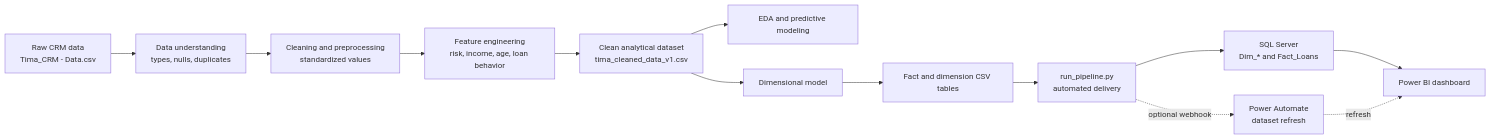
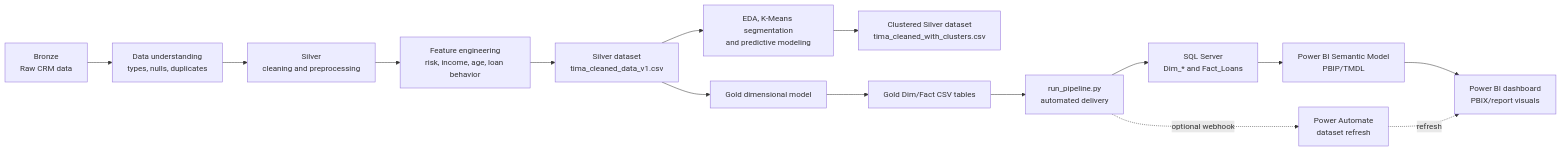
Before and after one commit to ThanhVinh-source/TIMA_Bank_Project: the first of 2 diagrams in README.md, drawn with Mermaid. The commit also changed other lines of this file, not shown here.

````diff
--- a/README.md
+++ b/README.md
@@ -211,15 +215,17 @@
 ```mermaid
 flowchart LR
-    A["Raw CRM data<br/>Tima_CRM - Data.csv"] --> B["Data understanding<br/>types, nulls, duplicates"]
-    B --> C["Cleaning and preprocessing<br/>standardized values"]
+    A["Bronze<br/>Raw CRM data"] --> B["Data understanding<br/>types, nulls, duplicates"]
+    B --> C["Silver<br/>cleaning and preprocessing"]
     C --> D["Feature engineering<br/>risk, income, age, loan behavior"]
-    D --> E["Clean analytical dataset<br/>tima_cleaned_data_v1.csv"]
-    E --> F["EDA and predictive modeling"]
-    E --> G["Dimensional model"]
-    G --> H["Fact and dimension CSV tables"]
+    D --> E["Silver dataset<br/>tima_cleaned_data_v1.csv"]
+    E --> F["EDA, K-Means segmentation<br/>and predictive modeling"]
+    F --> M["Clustered Silver dataset<br/>tima_cleaned_with_clusters.csv"]
+    E --> G["Gold dimensional model"]
+    G --> H["Gold Dim/Fact CSV tables"]
     H --> I["run_pipeline.py<br/>automated delivery"]
     I --> J["SQL Server<br/>Dim_* and Fact_Loans"]
-    J --> K["Power BI dashboard"]
+    J --> K["Power BI Semantic Model<br/>PBIP/TMDL"]
+    K --> N["Power BI dashboard<br/>PBIX/report visuals"]
     I -. optional webhook .-> L["Power Automate<br/>dataset refresh"]
-    L -. refresh .-> K
+    L -. refresh .-> N
 ```
````
